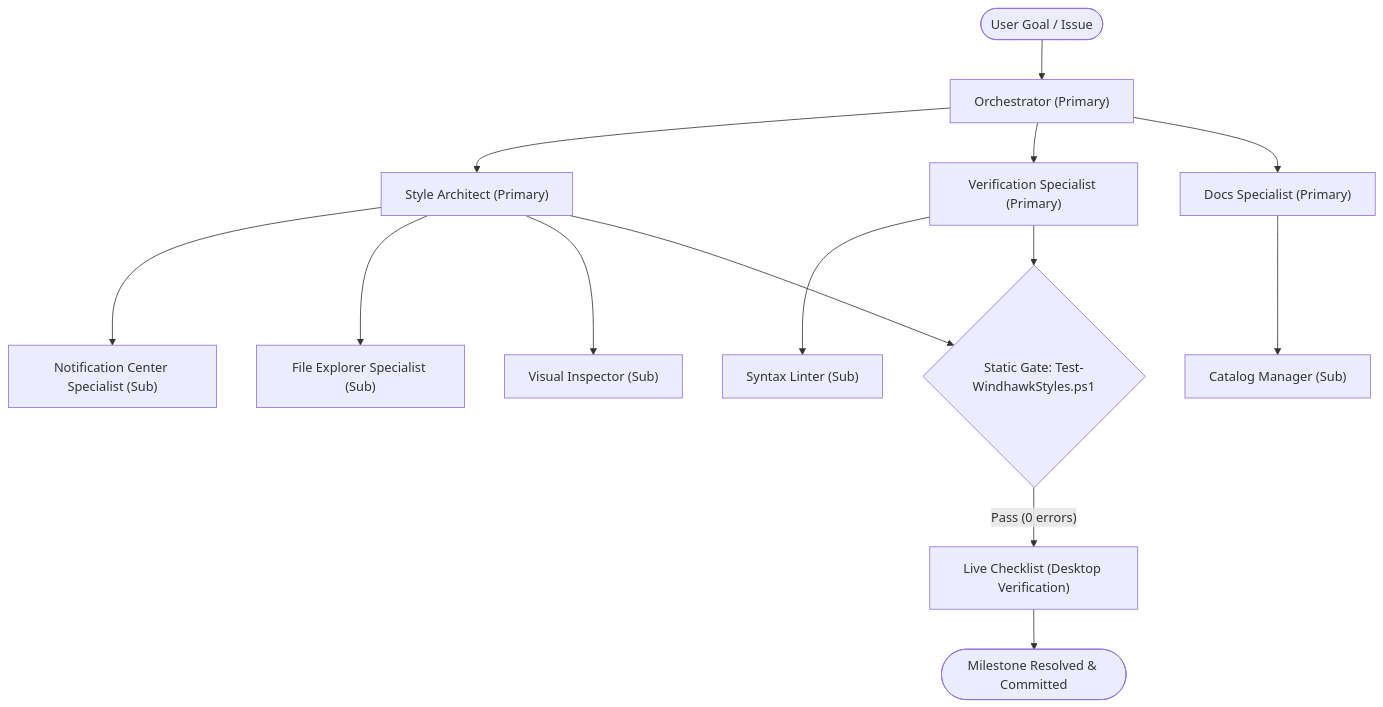
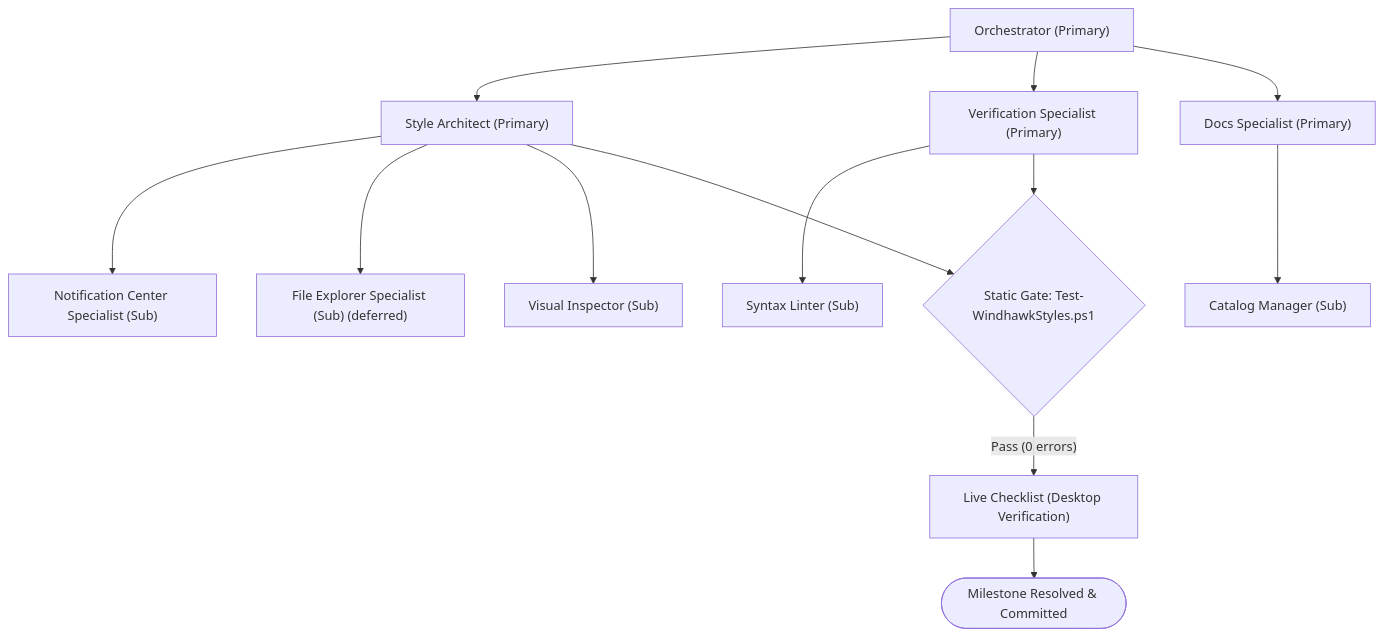
Before and after one commit to HELIX-Origin/Windhawk-Command-Center-Suite: the diagram in .agents/agents/README.md, drawn with Mermaid. The commit also changed other lines of this file and 22 other files, not shown here.

First line of the commit message:
feat: Update Style Architect and sub-agents documentation for deferred File Explorer work

````diff
--- a/.agents/agents/README.md
+++ b/.agents/agents/README.md
@@ -24,21 +24,21 @@
 ```mermaid
 flowchart TD
-    UserGoal(["User Goal / Issue"]) --> Orchestrator["Orchestrator (Primary)"]
+    Orchestrator["Orchestrator (Primary)"]
 
     Orchestrator --> Engineering["Style Architect (Primary)"]
     Orchestrator --> Quality["Verification Specialist (Primary)"]
     Orchestrator --> Documentation["Docs Specialist (Primary)"]
 
     Engineering --> NC["Notification Center Specialist (Sub)"]
-    Engineering --> FE["File Explorer Specialist (Sub)"]
+    Engineering --> FE["File Explorer Specialist (Sub) (deferred)"]
     Engineering --> Inspect["Visual Inspector (Sub)"]
 
     Quality --> Linter["Syntax Linter (Sub)"]
 
     Documentation --> Catalog["Catalog Manager (Sub)"]
 
     Engineering --> StaticGate{"Static Gate: Test-WindhawkStyles.ps1"}
     Quality --> StaticGate
     StaticGate -->|"Pass (0 errors)"| LiveCheck["Live Checklist (Desktop Verification)"]
     LiveCheck --> Done(["Milestone Resolved & Committed"])
 ```
````
